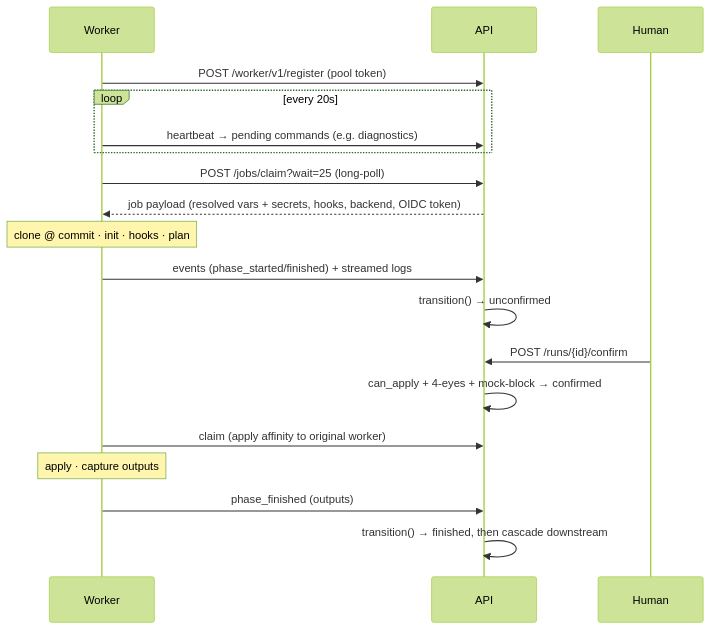
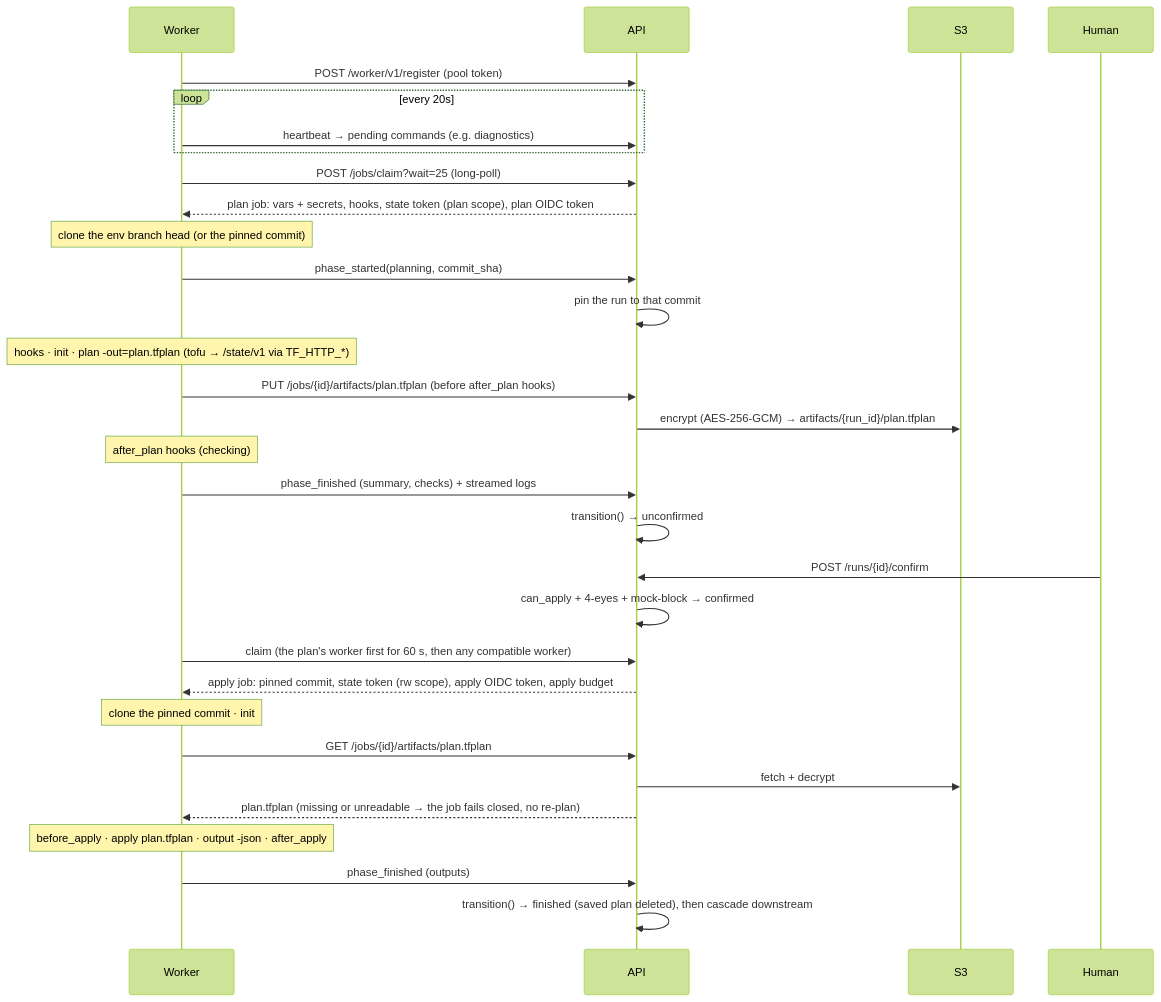
The third of 6 diagrams in docs/ARCHITECTURE.md (fmiquel90/stackd), drawn with Mermaid (forest theme) before and after one commit. The commit also changed other lines of this file and 1 other file, not shown here.

First line of the commit message:
docs: align concepts and architecture with saved-plan apply and job-scoped state

````diff
--- a/docs/ARCHITECTURE.md
+++ b/docs/ARCHITECTURE.md
@@ -76,21 +95,33 @@
 ```mermaid
 sequenceDiagram
     participant W as Worker
     participant A as API
+    participant S as S3
     participant H as Human
     W->>A: POST /worker/v1/register (pool token)
     loop every 20s
         W->>A: heartbeat → pending commands (e.g. diagnostics)
     end
     W->>A: POST /jobs/claim?wait=25 (long-poll)
-    A-->>W: job payload (resolved vars + secrets, hooks, backend, OIDC token)
-    Note over W: clone @ commit · init · hooks · plan
-    W->>A: events (phase_started/finished) + streamed logs
+    A-->>W: plan job: vars + secrets, hooks, state token (plan scope), plan OIDC token
+    Note over W: clone the env branch head (or the pinned commit)
+    W->>A: phase_started(planning, commit_sha)
+    A->>A: pin the run to that commit
+    Note over W: hooks · init · plan -out=plan.tfplan (tofu → /state/v1 via TF_HTTP_*)
+    W->>A: PUT /jobs/{id}/artifacts/plan.tfplan (before after_plan hooks)
+    A->>S: encrypt (AES-256-GCM) → artifacts/{run_id}/plan.tfplan
+    Note over W: after_plan hooks (checking)
+    W->>A: phase_finished (summary, checks) + streamed logs
     A->>A: transition() → unconfirmed
     H->>A: POST /runs/{id}/confirm
     A->>A: can_apply + 4-eyes + mock-block → confirmed
-    W->>A: claim (apply affinity to original worker)
-    Note over W: apply · capture outputs
+    W->>A: claim (the plan's worker first for 60 s, then any compatible worker)
+    A-->>W: apply job: pinned commit, state token (rw scope), apply OIDC token, apply budget
+    Note over W: clone the pinned commit · init
+    W->>A: GET /jobs/{id}/artifacts/plan.tfplan
+    A->>S: fetch + decrypt
+    A-->>W: plan.tfplan (missing or unreadable → the job fails closed, no re-plan)
+    Note over W: before_apply · apply plan.tfplan · output -json · after_apply
     W->>A: phase_finished (outputs)
-    A->>A: transition() → finished, then cascade downstream
+    A->>A: transition() → finished (saved plan deleted), then cascade downstream
 ```
````
